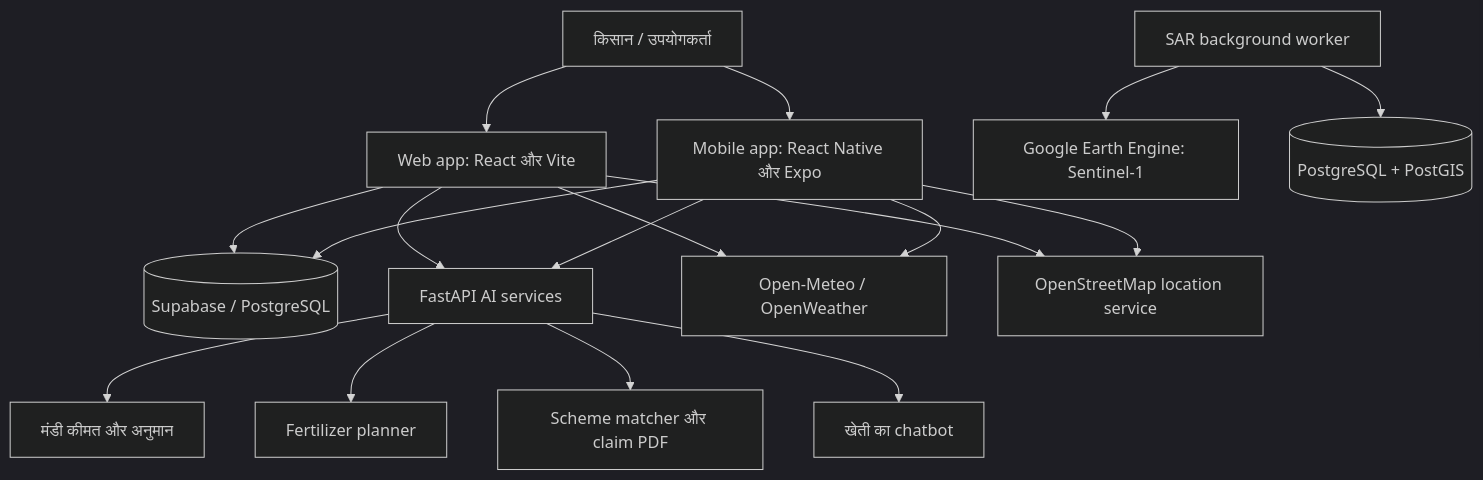
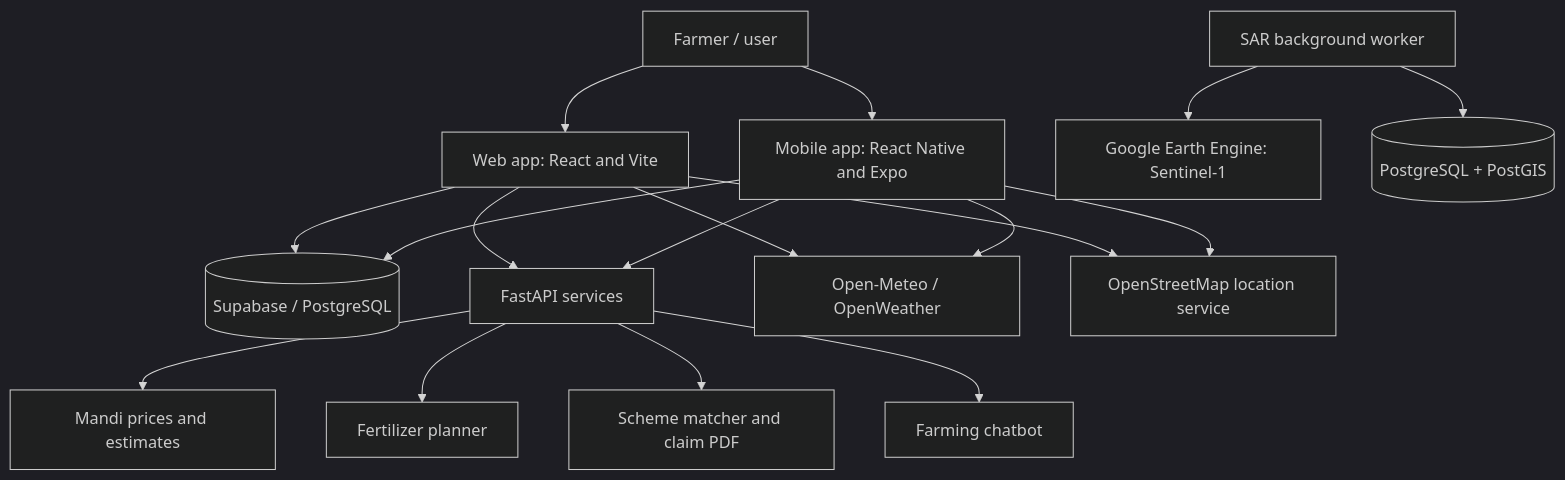
The first of 3 diagrams in Summary.md (TarunSuthar012/Crop-Wise), drawn with Mermaid (dark theme) before and after one commit. The commit also changed other lines of this file, not shown here.

````diff
--- a/Summary.md
+++ b/Summary.md
@@ -17,34 +17,34 @@
 ```mermaid
 flowchart TD
-    Farmer[किसान / उपयोगकर्ता]
-    Web[Web app: React और Vite]
-    Mobile[Mobile app: React Native और Expo]
+    Farmer[Farmer / user]
+    Web[Web app: React and Vite]
+    Mobile[Mobile app: React Native and Expo]
     DB[(Supabase / PostgreSQL)]
-    API[FastAPI AI services]
+    API[FastAPI services]
     Weather[Open-Meteo / OpenWeather]
     Map[OpenStreetMap location service]
-    Mandi[मंडी कीमत और अनुमान]
+    Mandi[Mandi prices and estimates]
     Fert[Fertilizer planner]
-    Scheme[Scheme matcher और claim PDF]
-    Bot[खेती का chatbot]
+    Scheme[Scheme matcher and claim PDF]
+    Bot[Farming chatbot]
     SAR[SAR background worker]
     GEE[Google Earth Engine: Sentinel-1]
     PostGIS[(PostgreSQL + PostGIS)]
 
     Farmer --> Web
     Farmer --> Mobile
     Web --> DB
     Mobile --> DB
     Web --> Weather
     Mobile --> Weather
     Web --> Map
     Mobile --> Map
     Web --> API
     Mobile --> API
     API --> Mandi
     API --> Fert
     API --> Scheme
     API --> Bot
     SAR --> GEE
     SAR --> PostGIS
 ```
````
